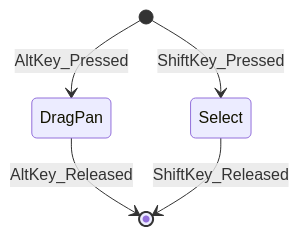
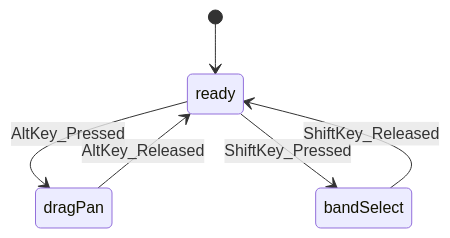
One commit to shavera/penrose-quilter changed the diagram in src/ViewStates.md. Above: the diagram before and after it, drawn with Mermaid. The commit also changed 6 other files, not shown here.

````diff
--- a/src/ViewStates.md
+++ b/src/ViewStates.md
@@ -5,10 +5,11 @@
 ```mermaid
 
 stateDiagram-v2
-  [*] --> DragPan : AltKey_Pressed
-  [*] --> Select : ShiftKey_Pressed
+  [*] --> ready 
 
-  DragPan --> [*] : AltKey_Released
-  Select --> [*] : ShiftKey_Released
+  ready --> dragPan : AltKey_Pressed
+  dragPan --> ready : AltKey_Released
 
+  ready --> bandSelect : ShiftKey_Pressed
+  bandSelect --> ready : ShiftKey_Released
 ```
````
